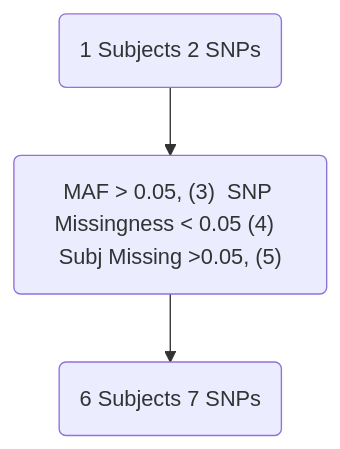
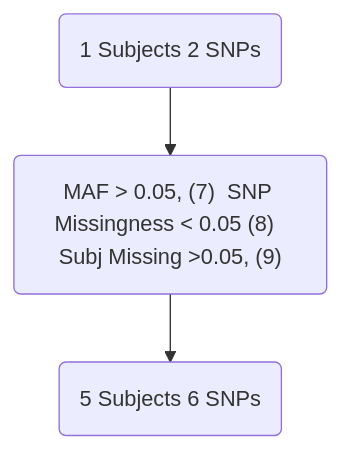
Before and after one commit to UMN-GDC/GDCGenomicsQC: the diagram in src/QCReporter/filtSteps.mmd, drawn with Mermaid. The commit also changed 7 other files, not shown here.

```diff
--- a/src/QCReporter/filtSteps.mmd
+++ b/src/QCReporter/filtSteps.mmd
@@ -1,6 +1,6 @@
 flowchart TB
     input(1 Subjects 2 SNPs)
-    filt("MAF > 0.05, (3)  SNP Missingness < 0.05 (4)  Subj Missing >0.05, (5)")
-    joinedData(6 Subjects  7 SNPs)
+    filt("MAF > 0.05, (7)  SNP Missingness < 0.05 (8)  Subj Missing >0.05, (9)")
+    joinedData(5 Subjects  6 SNPs)
     input --> filt
     filt --> joinedData
```
